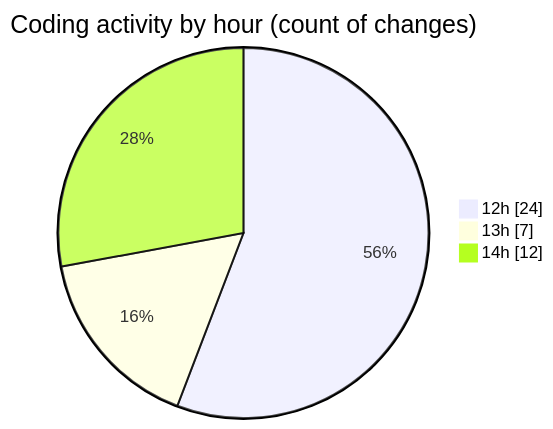
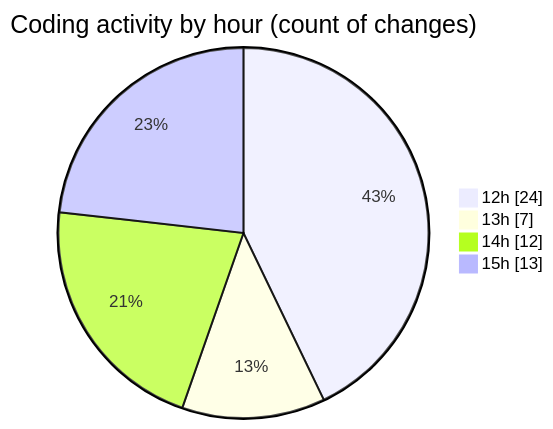
One commit to lephambinh05/code-tracking changed the second of 2 diagrams in 2025-08-25/quytuthien_vn/README.md. Above: the diagram before and after it, drawn with Mermaid. The commit also changed other lines of this file and 1 other file, not shown here.

````diff
--- a/2025-08-25/quytuthien_vn/README.md
+++ b/2025-08-25/quytuthien_vn/README.md
@@ -46,7 +59,8 @@
 ```mermaid
 pie showData
 title Coding activity by hour (count of changes)
 "12h" : 24
 "13h" : 7
 "14h" : 12
+"15h" : 13
 ```
````
